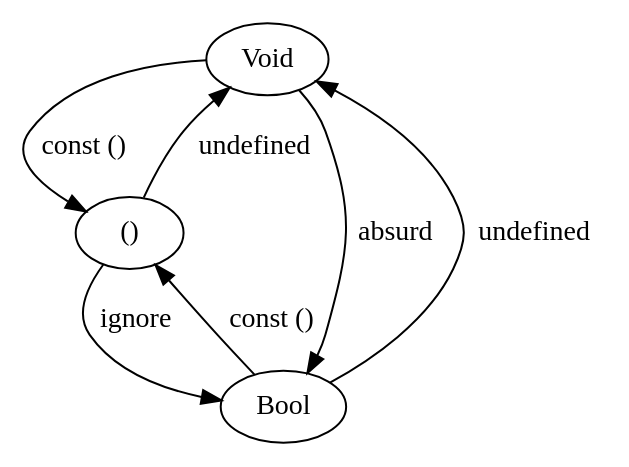
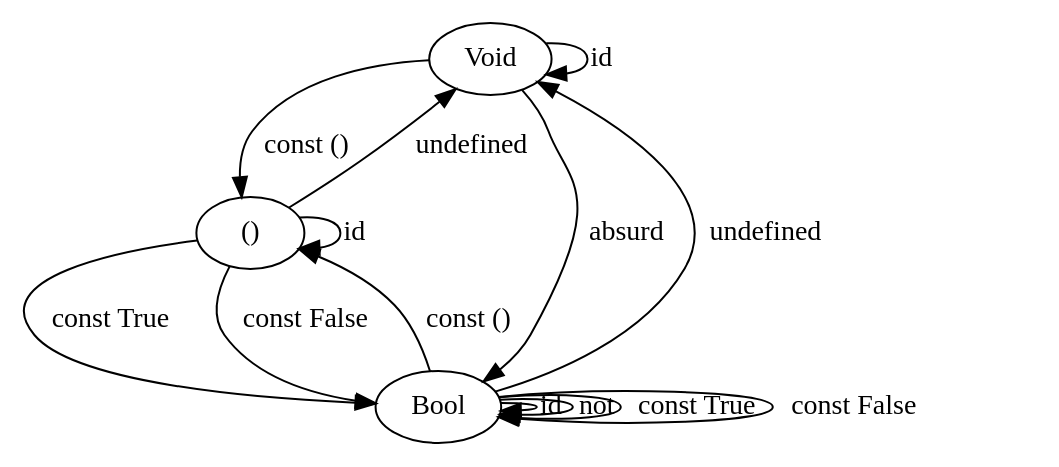
The diagram in exercises/barrymoo/chapter02/question6.dot (chiroptical/ctfp-book-club), drawn with Graphviz before and after one commit. The commit also changed 1 other file, not shown here.

```diff
--- a/exercises/barrymoo/chapter02/question6.dot
+++ b/exercises/barrymoo/chapter02/question6.dot
@@ -1,10 +1,18 @@
 digraph {
-    Void -> "()" [label="const ()"];
+    Void -> "()" [label="const ()"]; // Can't be evaluated at term level
     Bool -> "()" [label="const ()"];
 
     Void -> Bool [label="absurd"];
-    "()" -> Bool [label="ignore"]; // I found this one via Hoogle
+    "()" -> Bool [label="const True"]; // I found this one via Hoogle
+    "()" -> Bool [label="const False"];
 
     "()" -> Void [label="undefined"];
     Bool -> Void [label="undefined"];
+
+    Void -> Void [label="id"]; // Can't be evaluated at term level
+    "()" -> "()" [label="id"];
+    Bool -> Bool [label="id"];
+    Bool -> Bool [label="not"];
+    Bool -> Bool [label="const True"];
+    Bool -> Bool [label="const False"];
 }
```
